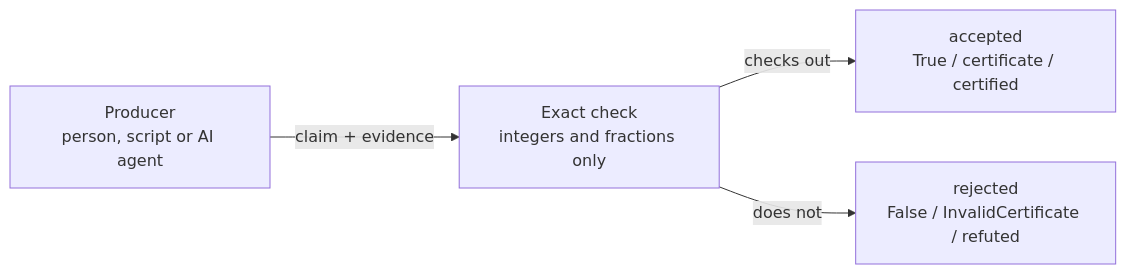
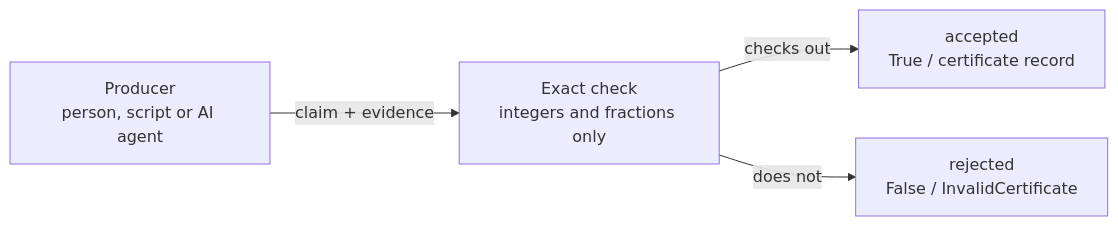
One commit to Akilleez-QA/foundation-math changed the diagram in README.md. Above: the diagram before and after it, drawn with Mermaid. The commit also changed other lines of this file and 4 other files, not shown here.

````diff
--- a/README.md
+++ b/README.md
@@ -40,6 +37,6 @@
 ```mermaid
 flowchart LR
     P["Producer<br/>person, script or AI agent"] -->|"claim + evidence"| K["Exact check<br/>integers and fractions only"]
-    K -->|"checks out"| A["accepted<br/>True / certificate / certified"]
-    K -->|"does not"| R["rejected<br/>False / InvalidCertificate / refuted"]
+    K -->|"checks out"| A["accepted<br/>True / certificate record"]
+    K -->|"does not"| R["rejected<br/>False / InvalidCertificate"]
 ```
````
